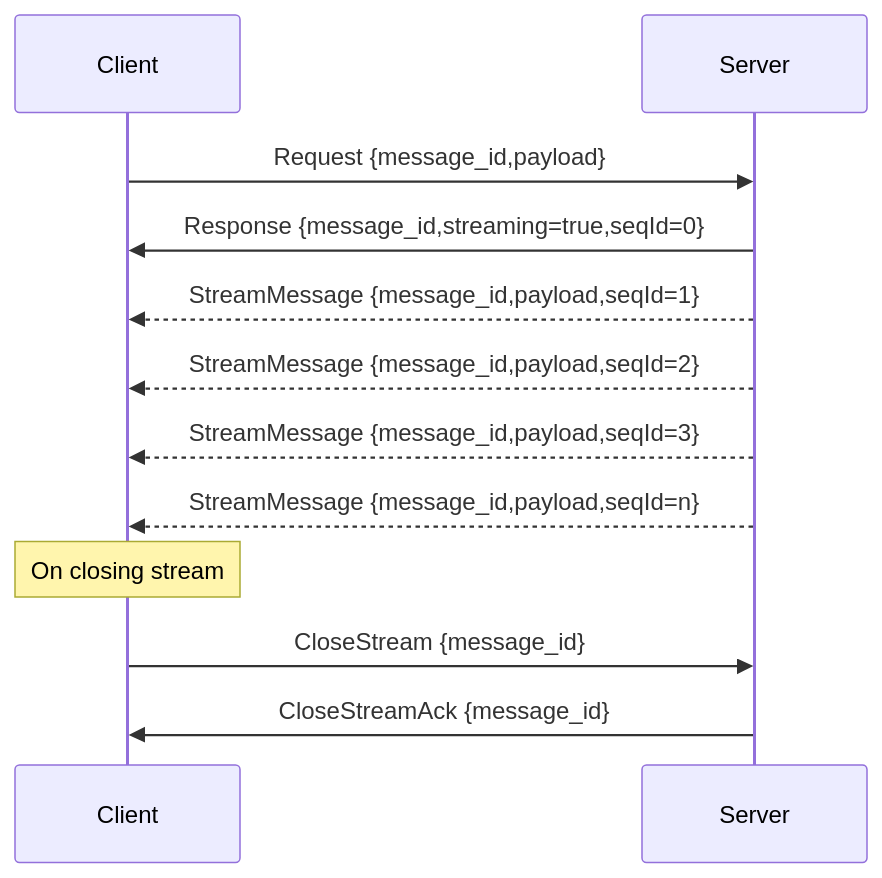
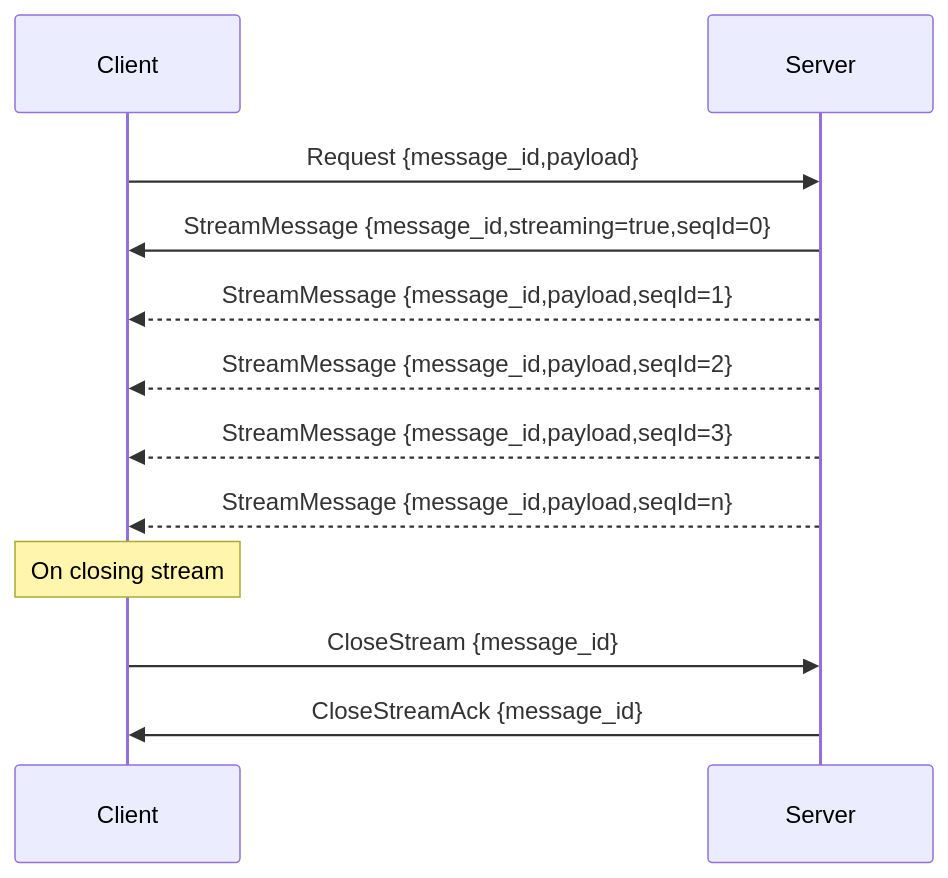
Before and after one commit to decentraland/adr: the second of 5 diagrams in RFC/RFC-7-rpc.md, drawn with Mermaid. The commit also changed other lines of this file, not shown here.

````diff
--- a/RFC/RFC-7-rpc.md
+++ b/RFC/RFC-7-rpc.md
@@ -62,14 +65,14 @@
 ```mermaid
 sequenceDiagram
   participant C as Client
   participant S as Server
   C->>S: Request {message_id,payload}
-  S->>C: Response {message_id,streaming=true,seqId=0}
+  S->>C: StreamMessage {message_id,streaming=true,seqId=0}
   S-->>C: StreamMessage {message_id,payload,seqId=1}
   S-->>C: StreamMessage {message_id,payload,seqId=2}
   S-->>C: StreamMessage {message_id,payload,seqId=3}
   S-->>C: StreamMessage {message_id,payload,seqId=n}
   note over C: On closing stream
   C->>S: CloseStream {message_id}
   S->>C: CloseStreamAck {message_id}
 ```
````
